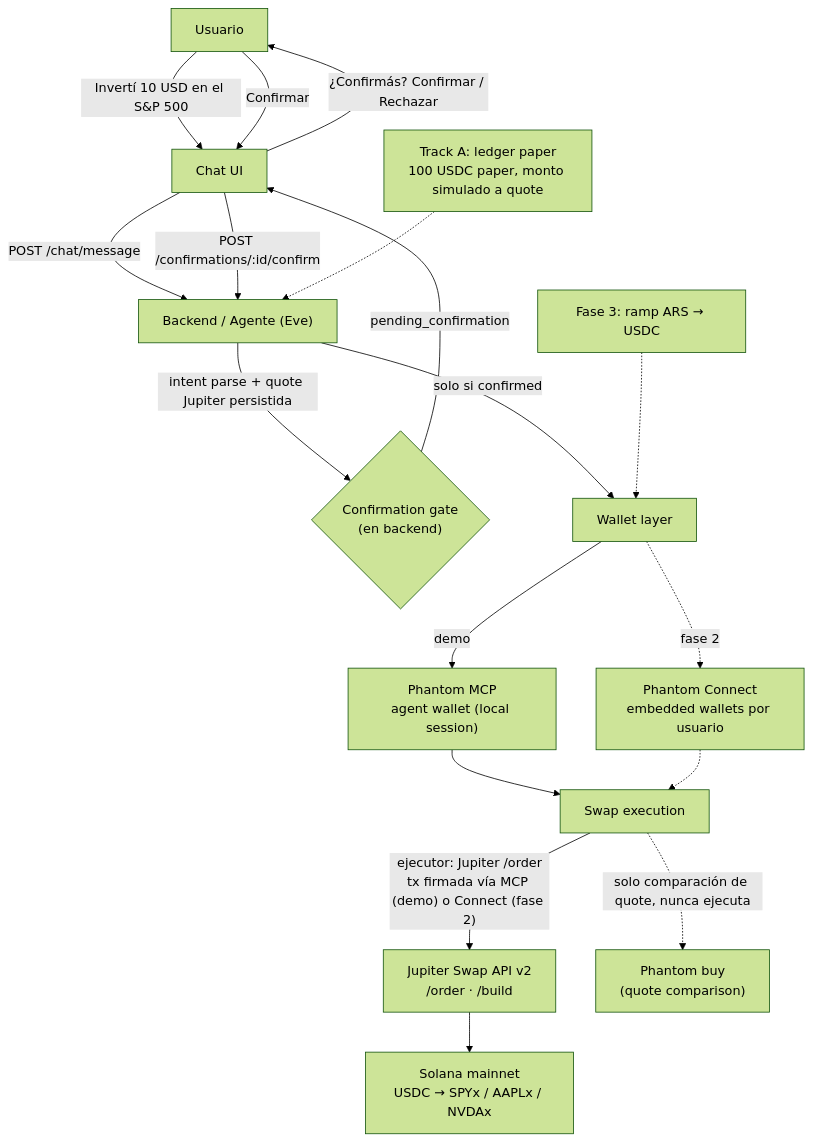
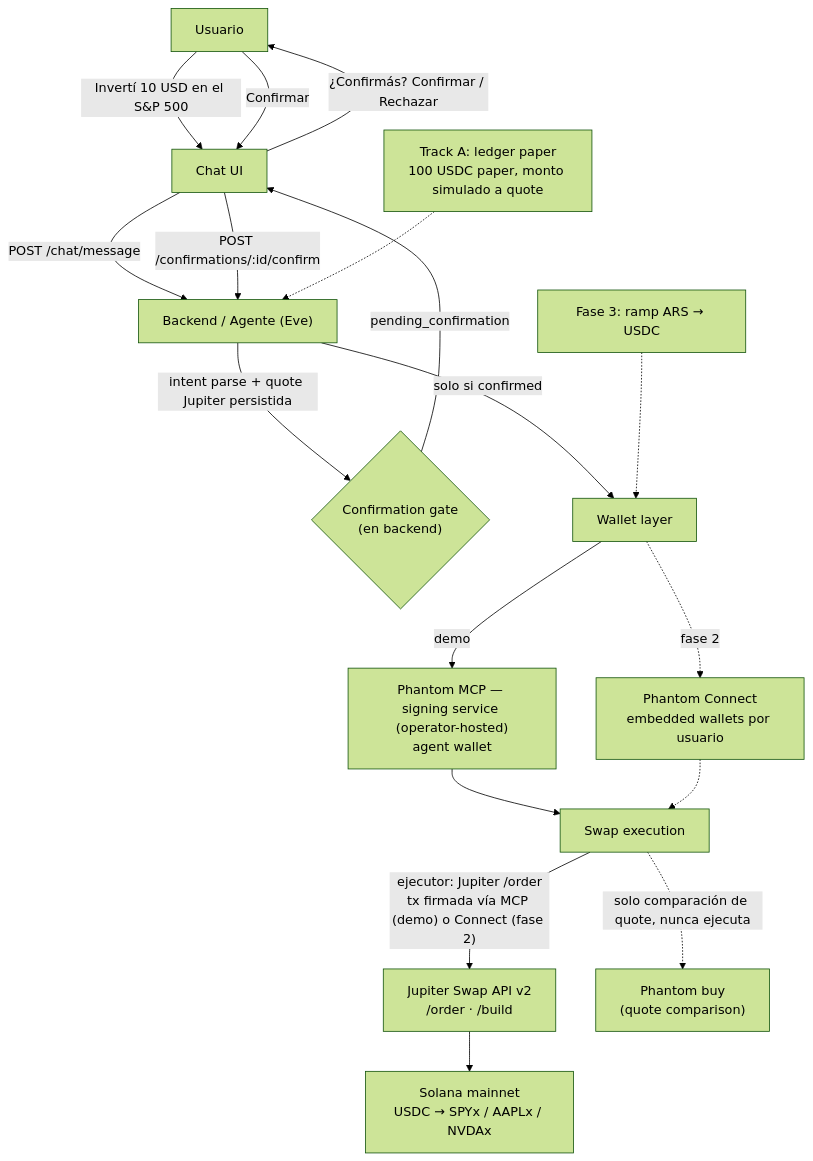
One commit to meschinidino/agent-trading changed the diagram in docs/specs/README.md. Above: the diagram before and after it, drawn with Mermaid (forest theme). The commit also changed other lines of this file and 14 other files, not shown here.

````diff
--- a/docs/specs/README.md
+++ b/docs/specs/README.md
@@ -29,20 +30,20 @@
 ```mermaid
 flowchart TD
     U["Usuario"] -->|"Invertí 10 USD en el S&P 500"| UI["Chat UI"]
     UI -->|"POST /chat/message"| BE["Backend / Agente (Eve)"]
     BE -->|"intent parse + quote Jupiter persistida"| GATE{"Confirmation gate<br/>(en backend)"}
     GATE -->|"pending_confirmation"| UI
     UI -->|"¿Confirmás? Confirmar / Rechazar"| U
     U -->|"Confirmar"| UI
     UI -->|"POST /confirmations/:id/confirm"| BE
     BE -->|"solo si confirmed"| WAL["Wallet layer"]
-    WAL -->|"demo"| MCP["Phantom MCP<br/>agent wallet (local session)"]
+    WAL -->|"demo"| MCP["Phantom MCP — signing service (operator-hosted)<br/>agent wallet"]
     WAL -.->|"fase 2"| CONN["Phantom Connect<br/>embedded wallets por usuario"]
     MCP --> SWAP["Swap execution"]
     CONN -.-> SWAP
     SWAP -->|"ejecutor: Jupiter /order<br/>tx firmada vía MCP (demo) o Connect (fase 2)"| JUP["Jupiter Swap API v2<br/>/order · /build"]
     SWAP -.->|"solo comparación de quote, nunca ejecuta"| PH["Phantom buy<br/>(quote comparison)"]
     JUP --> SOL["Solana mainnet<br/>USDC → SPYx / AAPLx / NVDAx"]
     PAPER["Track A: ledger paper<br/>100 USDC paper, monto simulado a quote"] -.-> BE
     RAMP["Fase 3: ramp ARS → USDC"] -.-> WAL
 ```
````
